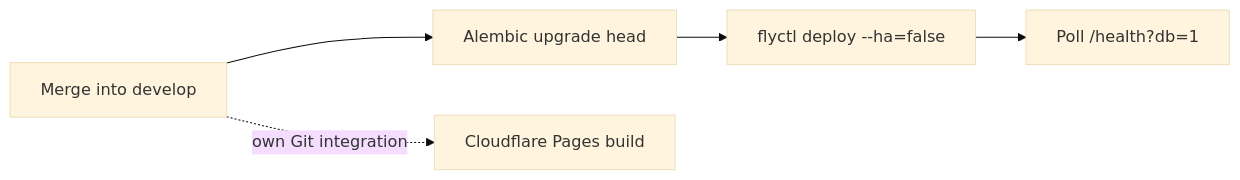
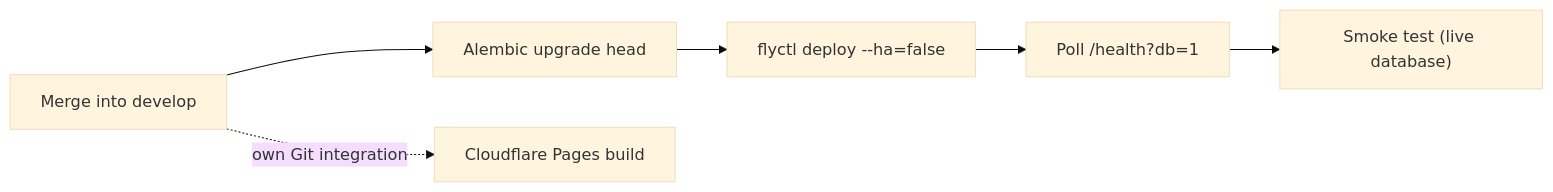
The second of 2 diagrams in documentation/Fly-Setup.md (LasterBergamot/lineup), drawn with Mermaid (base theme) before and after one commit. The commit also changed other lines of this file and 12 other files, not shown here.

First line of the commit message:
#190 - Run the live smoke test after every successful dev deploy

````diff
--- a/documentation/Fly-Setup.md
+++ b/documentation/Fly-Setup.md
@@ -114,7 +115,8 @@
 ```mermaid
 flowchart LR
     M[Merge into develop] --> A[Alembic upgrade head]
     A --> D["flyctl deploy --ha=false"]
     D --> H["Poll /health?db=1"]
+    H --> S["Smoke test (live database)"]
     M -.->|"own Git integration"| P[Cloudflare Pages build]
 ```
````
